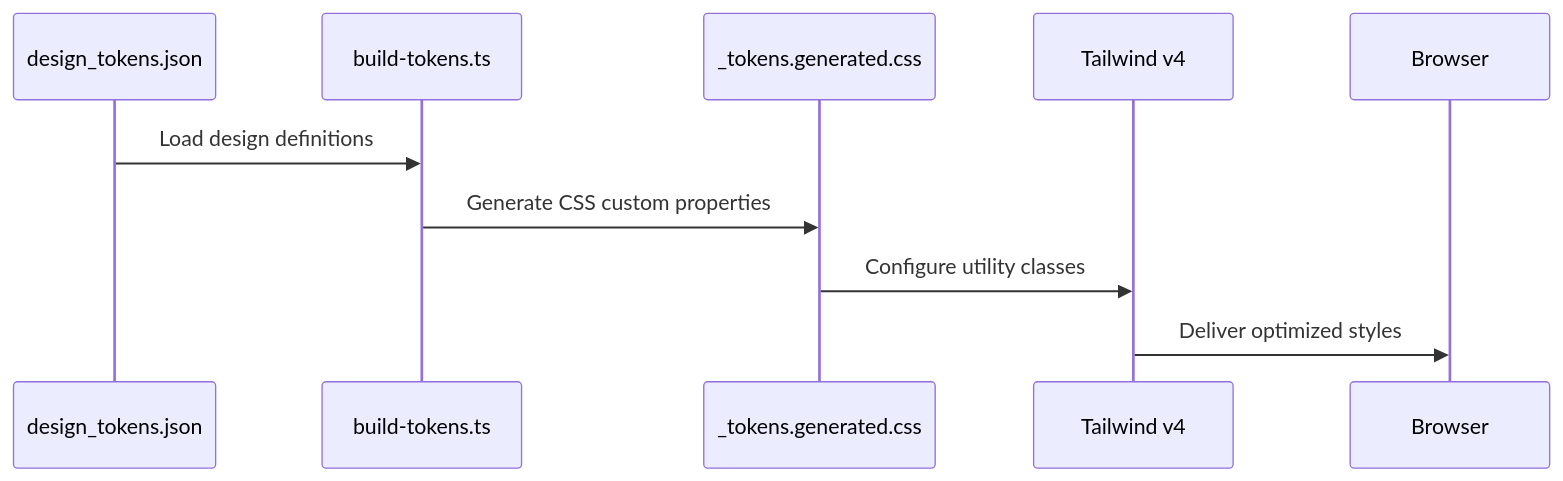
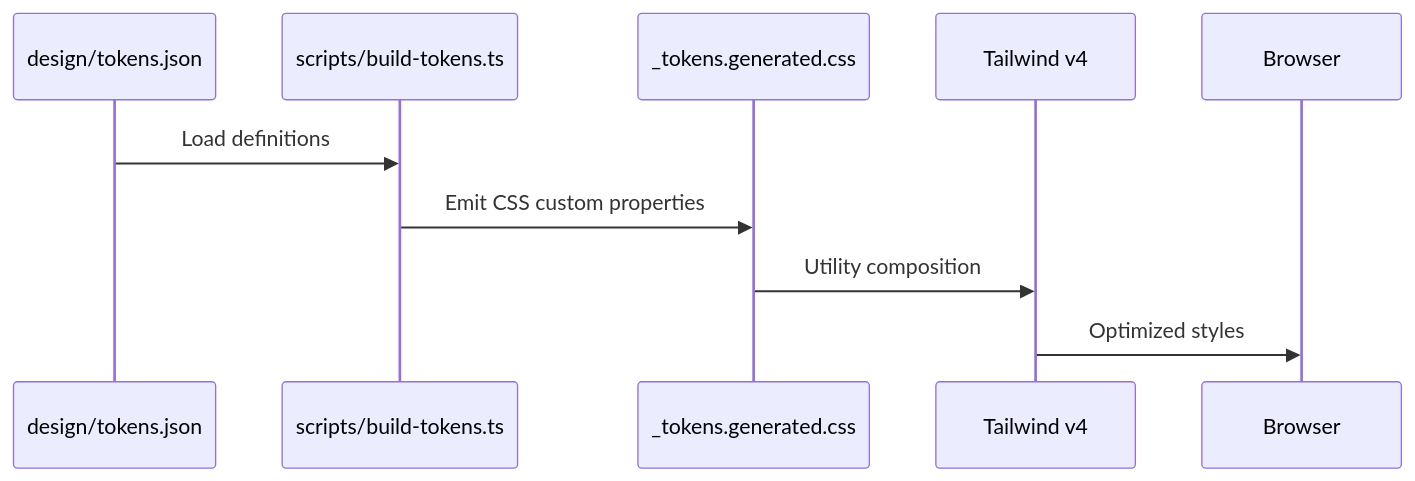
The third of 4 diagrams in docs/architecture-overview.md (Danduartem/cafe_com_vendas_v2), drawn with Mermaid before and after one commit. The commit also changed other lines of this file and 13 other files, not shown here.

````diff
--- a/docs/architecture-overview.md
+++ b/docs/architecture-overview.md
@@ -146,13 +106,13 @@
 ```mermaid
 sequenceDiagram
-    participant Tokens as design_tokens.json
-    participant Builder as build-tokens.ts
-    participant CSS as _tokens.generated.css
-    participant Tailwind as Tailwind v4
-    participant Browser as Browser
+  participant Tokens as design/tokens.json
+  participant Builder as scripts/build-tokens.ts
+  participant CSS as _tokens.generated.css
+  participant Tailwind as Tailwind v4
+  participant Browser as Browser
 
-    Tokens->>Builder: Load design definitions
-    Builder->>CSS: Generate CSS custom properties
-    CSS->>Tailwind: Configure utility classes
-    Tailwind->>Browser: Deliver optimized styles
+  Tokens->>Builder: Load definitions
+  Builder->>CSS: Emit CSS custom properties
+  CSS->>Tailwind: Utility composition
+  Tailwind->>Browser: Optimized styles
 ```
````
